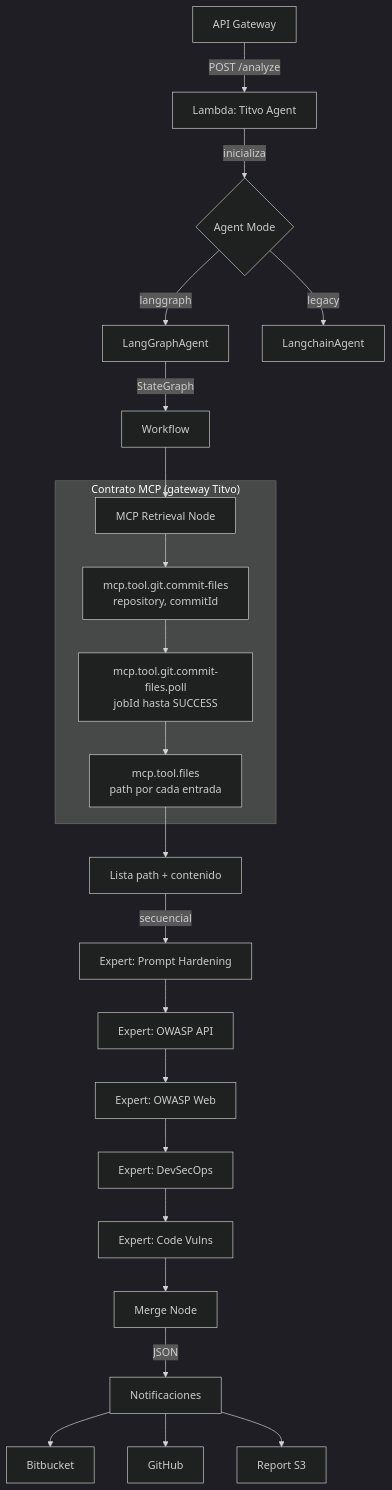
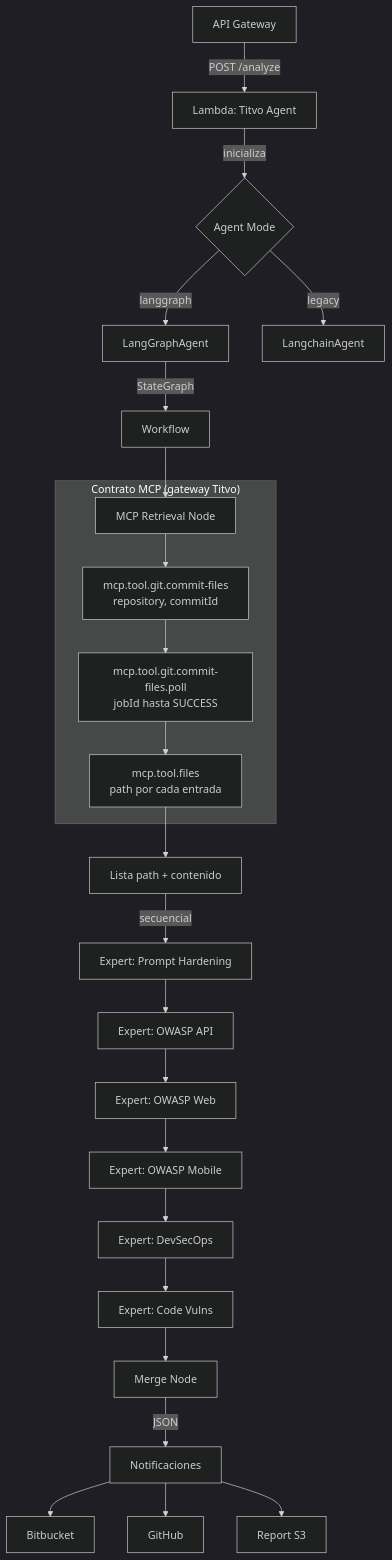
One commit to KaribuLab/titvo-dev changed the first of 3 diagrams in docs/architecture.md. Above: the diagram before and after it, drawn with Mermaid (dark theme). The commit also changed other lines of this file and 9 other files, not shown here.

Commit message:
feat: add OWASP mobile expert

````diff
--- a/docs/architecture.md
+++ b/docs/architecture.md
@@ -5,28 +5,29 @@
 ```mermaid
 flowchart TD
     API[API Gateway] -->|POST /analyze| Lambda[Lambda: Titvo Agent]
     Lambda -->|inicializa| Agent{Agent Mode}
     Agent -->|langgraph| LGA[LangGraphAgent]
     Agent -->|legacy| LCA[LangchainAgent]
     
     LGA -->|StateGraph| WF[Workflow]
     WF --> MCP[MCP Retrieval Node]
     subgraph MCP_Fases["Contrato MCP (gateway Titvo)"]
         MCP --> A[mcp.tool.git.commit-files<br/>repository, commitId]
         A --> B[mcp.tool.git.commit-files.poll<br/>jobId hasta SUCCESS]
         B --> C[mcp.tool.files<br/>path por cada entrada]
     end
     C --> Files[Lista path + contenido]
 
     Files -->|secuencial| Exp1[Expert: Prompt Hardening]
     Exp1 --> Exp2[Expert: OWASP API]
     Exp2 --> Exp3[Expert: OWASP Web]
-    Exp3 --> Exp4[Expert: DevSecOps]
-    Exp4 --> Exp5[Expert: Code Vulns]
-    Exp5 --> Merge[Merge Node]
+    Exp3 --> Exp4[Expert: OWASP Mobile]
+    Exp4 --> Exp5[Expert: DevSecOps]
+    Exp5 --> Exp6[Expert: Code Vulns]
+    Exp6 --> Merge[Merge Node]
     
     Merge -->|JSON| Notify[Notificaciones]
     Notify --> Bit[Bitbucket]
     Notify --> GitHub[GitHub]
     Notify --> S3[Report S3]
 ```
````
